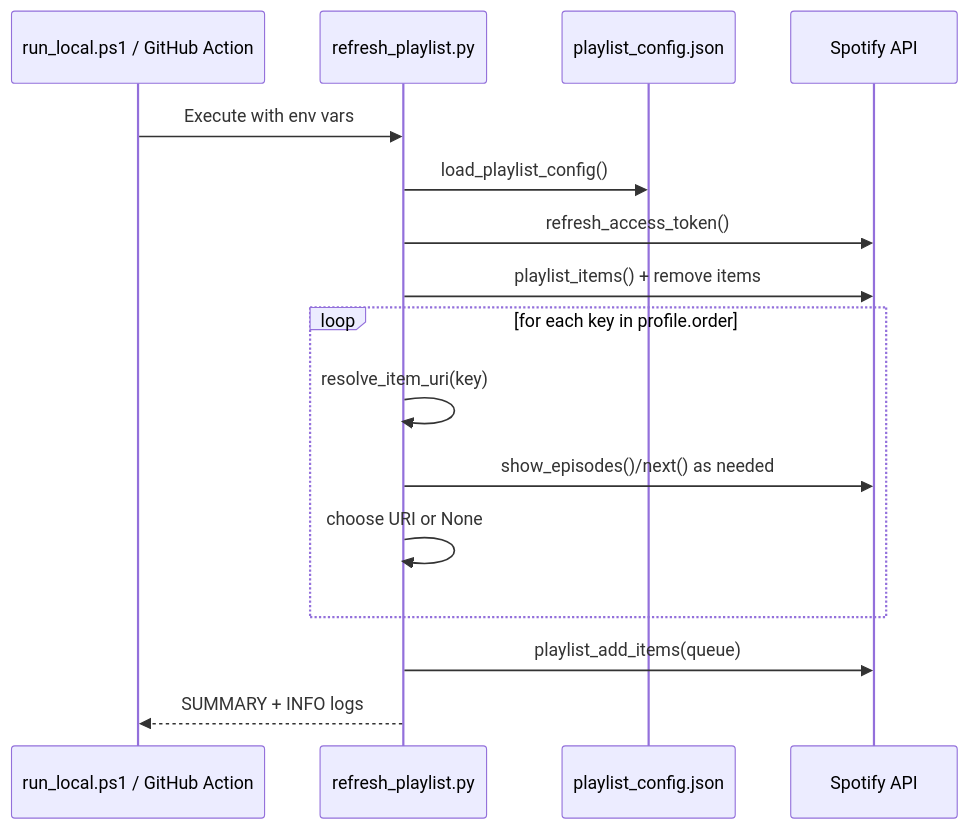
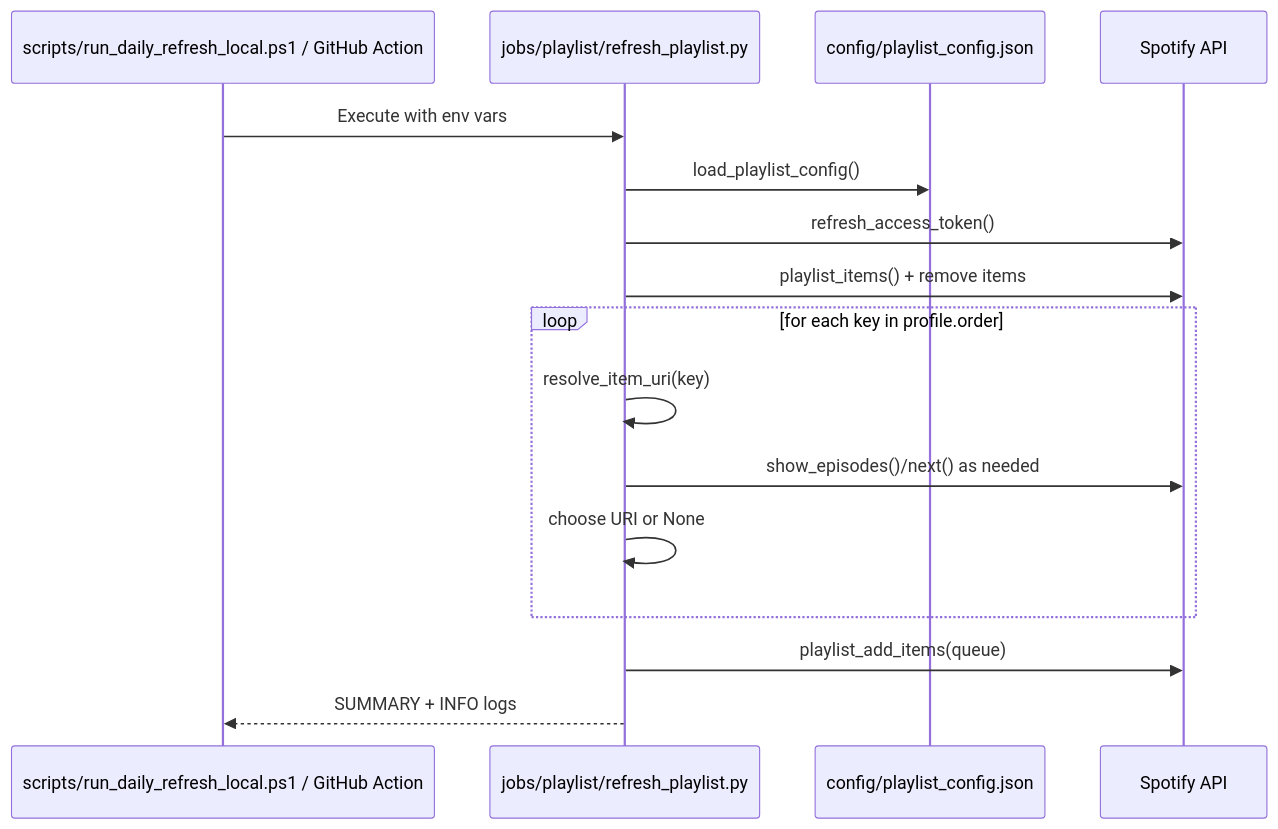
Before and after one commit to Jctebo/spotify_praylist: the second of 5 diagrams in REFRESH_PLAYLIST_ARCHITECTURE.md, drawn with Mermaid. The commit also changed other lines of this file and 15 other files, not shown here.

````diff
--- a/REFRESH_PLAYLIST_ARCHITECTURE.md
+++ b/REFRESH_PLAYLIST_ARCHITECTURE.md
@@ -23,19 +23,19 @@
 ```mermaid
 sequenceDiagram
-    participant Runner as run_local.ps1 / GitHub Action
-    participant Script as refresh_playlist.py
-    participant Config as playlist_config.json
+    participant Runner as scripts/run_daily_refresh_local.ps1 / GitHub Action
+    participant Script as jobs/playlist/refresh_playlist.py
+    participant Config as config/playlist_config.json
     participant Spotify as Spotify API
 
     Runner->>Script: Execute with env vars
     Script->>Config: load_playlist_config()
     Script->>Spotify: refresh_access_token()
     Script->>Spotify: playlist_items() + remove items
     loop for each key in profile.order
         Script->>Script: resolve_item_uri(key)
         Script->>Spotify: show_episodes()/next() as needed
         Script->>Script: choose URI or None
     end
     Script->>Spotify: playlist_add_items(queue)
     Script-->>Runner: SUMMARY + INFO logs
 ```
````
